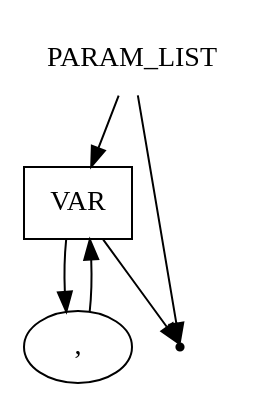
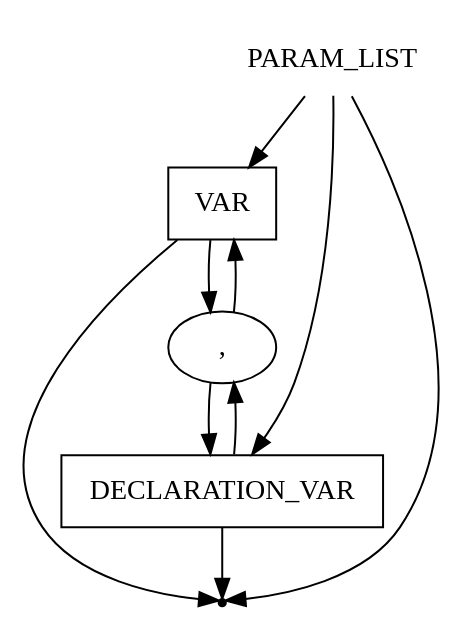
The diagram in pseudocode/param_list.gv (ayu-f/DSL_Pseudocode), drawn with Graphviz before and after one commit. The commit also changed 2 other files, not shown here.

```diff
--- a/pseudocode/param_list.gv
+++ b/pseudocode/param_list.gv
@@ -1,11 +1,16 @@
 digraph PARAM_LIST {
     start [label=PARAM_LIST shape=plaintext]
     var [label=VAR shape=box]
+    declaration_var [label=DECLARATION_VAR shape=box]
     comma [label="," shape=oval]
     end [label="" shape=point]
     start -> var
+    start -> declaration_var
     start -> end
+    declaration_var -> comma
+    declaration_var -> end
     var -> comma
     var -> end
     comma -> var
+    comma -> declaration_var
 }
```
